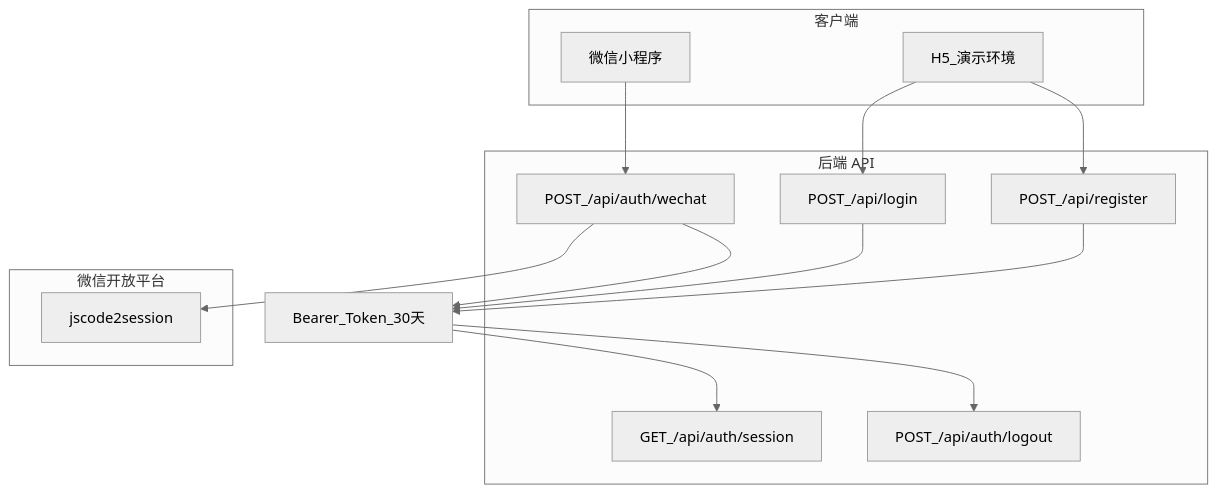
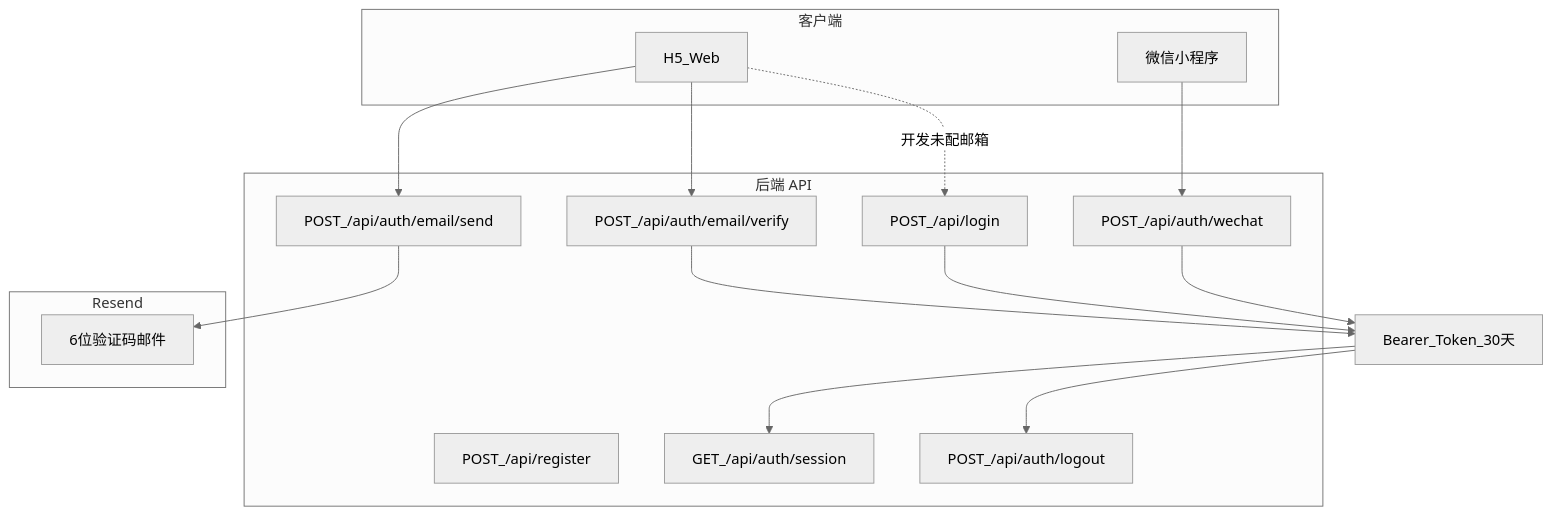
The diagram in docs/auth-system.md (Leo-610/xiyu-vocab), drawn with Mermaid (neutral theme) before and after one commit. The commit also changed other lines of this file and 547 other files, not shown here.

````diff
--- a/docs/auth-system.md
+++ b/docs/auth-system.md
@@ -10,29 +10,32 @@
 ```mermaid
 flowchart TB
   subgraph client [客户端]
-    H5[H5_演示环境]
+    H5[H5_Web]
     MP[微信小程序]
   end
 
   subgraph api [后端 API]
+    EmailSend[POST_/api/auth/email/send]
+    EmailVerify[POST_/api/auth/email/verify]
     DemoReg[POST_/api/register]
     DemoLogin[POST_/api/login]
     WxLogin[POST_/api/auth/wechat]
     Session[GET_/api/auth/session]
     Logout[POST_/api/auth/logout]
   end
 
-  subgraph wx [微信开放平台]
-    Code2Session[jscode2session]
+  subgraph mail [Resend]
+    OTP[6位验证码邮件]
   end
 
-  H5 --> DemoReg
-  H5 --> DemoLogin
+  H5 --> EmailSend
+  EmailSend --> OTP
+  H5 --> EmailVerify
+  H5 -.开发未配邮箱.-> DemoLogin
   MP --> WxLogin
-  WxLogin --> Code2Session
-  DemoReg --> Token[Bearer_Token_30天]
+  EmailVerify --> Token[Bearer_Token_30天]
   DemoLogin --> Token
   WxLogin --> Token
   Token --> Session
   Token --> Logout
 ```
````
